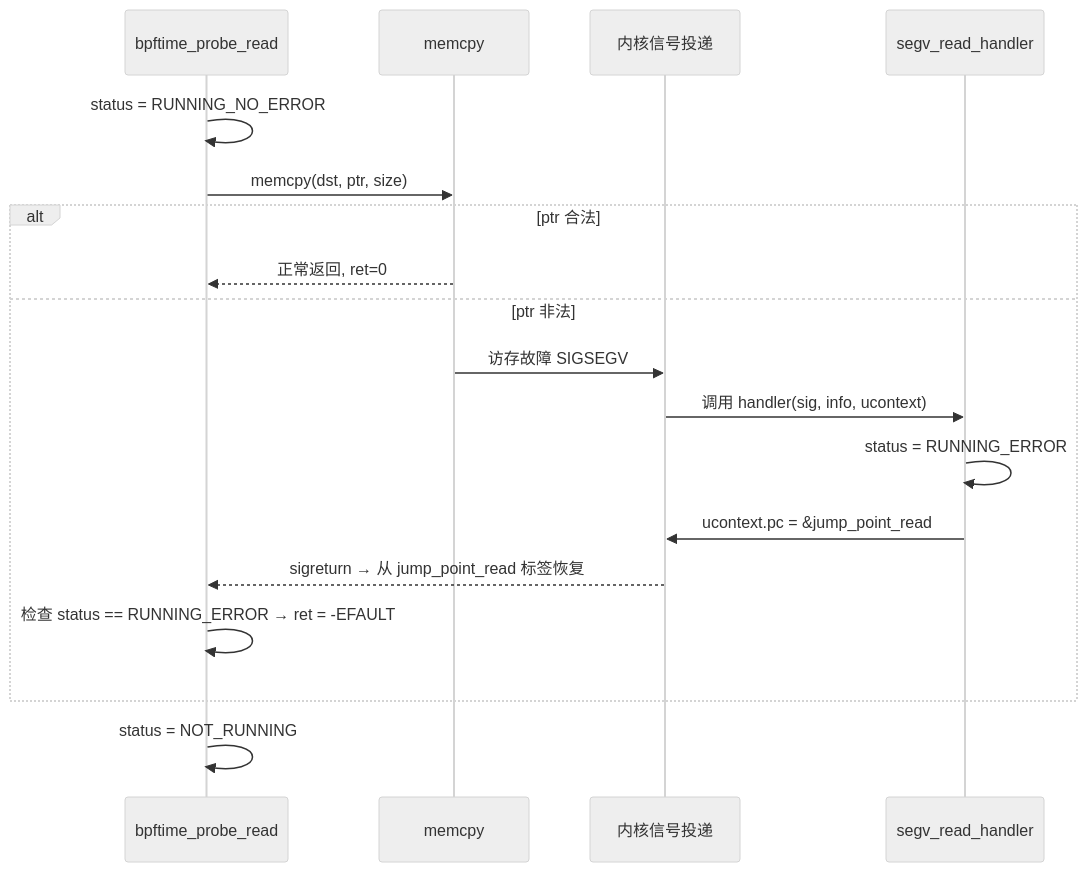
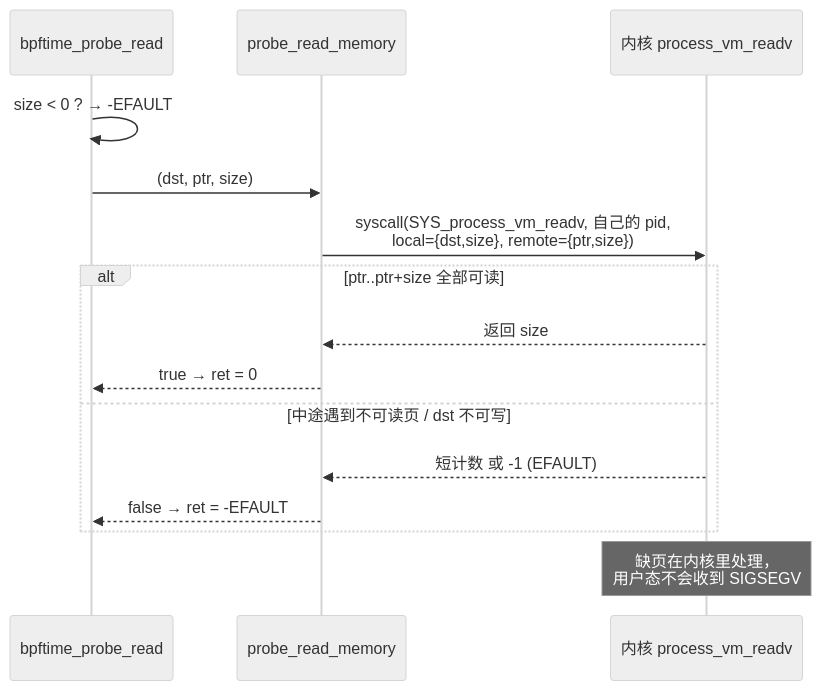
The third of 3 diagrams in 06-maps-helpers.md (plsy1/bpftime-benchmark), drawn with Mermaid (neutral theme) before and after one commit. The commit also changed other lines of this file and 9 other files, not shown here.

````diff
--- a/06-maps-helpers.md
+++ b/06-maps-helpers.md
@@ -339,20 +448,17 @@
 ```mermaid
 sequenceDiagram
     participant H as bpftime_probe_read
-    participant M as memcpy
-    participant K as 内核信号投递
-    participant S as segv_read_handler
-    H->>H: status = RUNNING_NO_ERROR
-    H->>M: memcpy(dst, ptr, size)
-    alt ptr 合法
-        M-->>H: 正常返回, ret=0
-    else ptr 非法
-        M->>K: 访存故障 SIGSEGV
-        K->>S: 调用 handler(sig, info, ucontext)
-        S->>S: status = RUNNING_ERROR
-        S->>K: ucontext.pc = &jump_point_read
-        K-->>H: sigreturn → 从 jump_point_read 标签恢复
-        H->>H: 检查 status == RUNNING_ERROR → ret = -EFAULT
+    participant P as probe_read_memory
+    participant K as 内核 process_vm_readv
+    H->>H: size < 0 ? → -EFAULT
+    H->>P: (dst, ptr, size)
+    P->>K: syscall(SYS_process_vm_readv, 自己的 pid,<br/>local={dst,size}, remote={ptr,size})
+    alt ptr..ptr+size 全部可读
+        K-->>P: 返回 size
+        P-->>H: true → ret = 0
+    else 中途遇到不可读页 / dst 不可写
+        K-->>P: 短计数 或 -1 (EFAULT)
+        P-->>H: false → ret = -EFAULT
     end
-    H->>H: status = NOT_RUNNING
+    Note over K: 缺页在内核里处理，<br/>用户态不会收到 SIGSEGV
 ```
````
